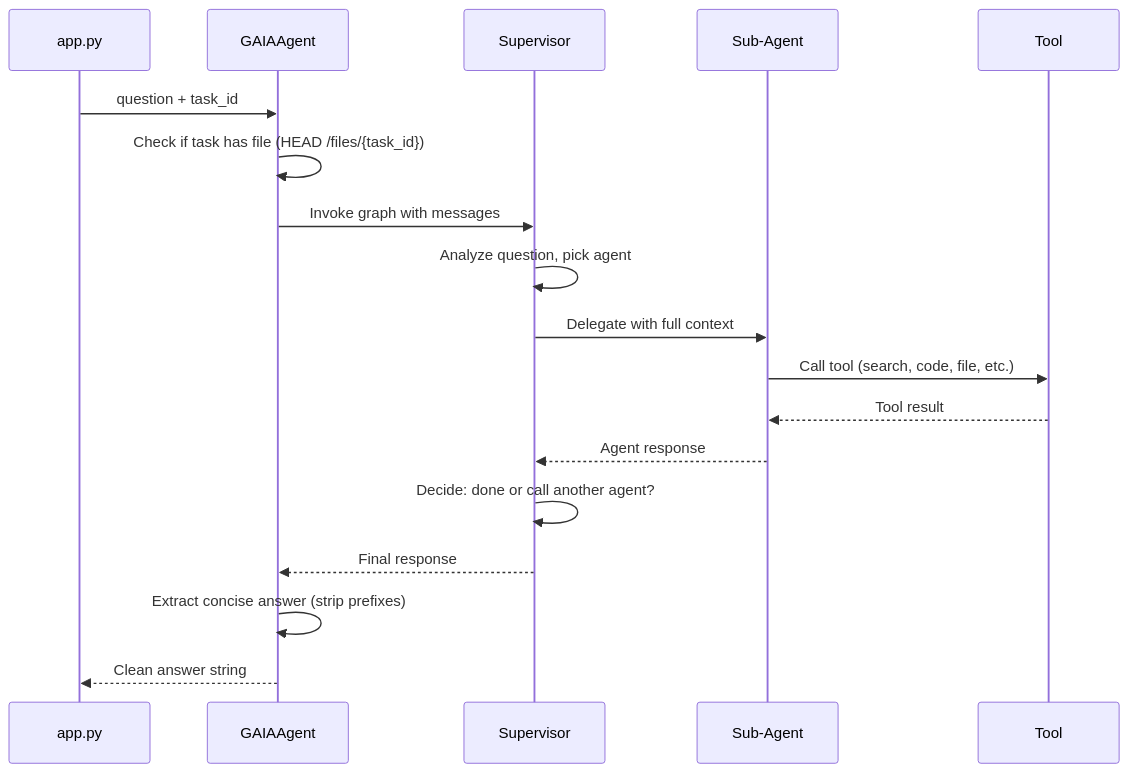
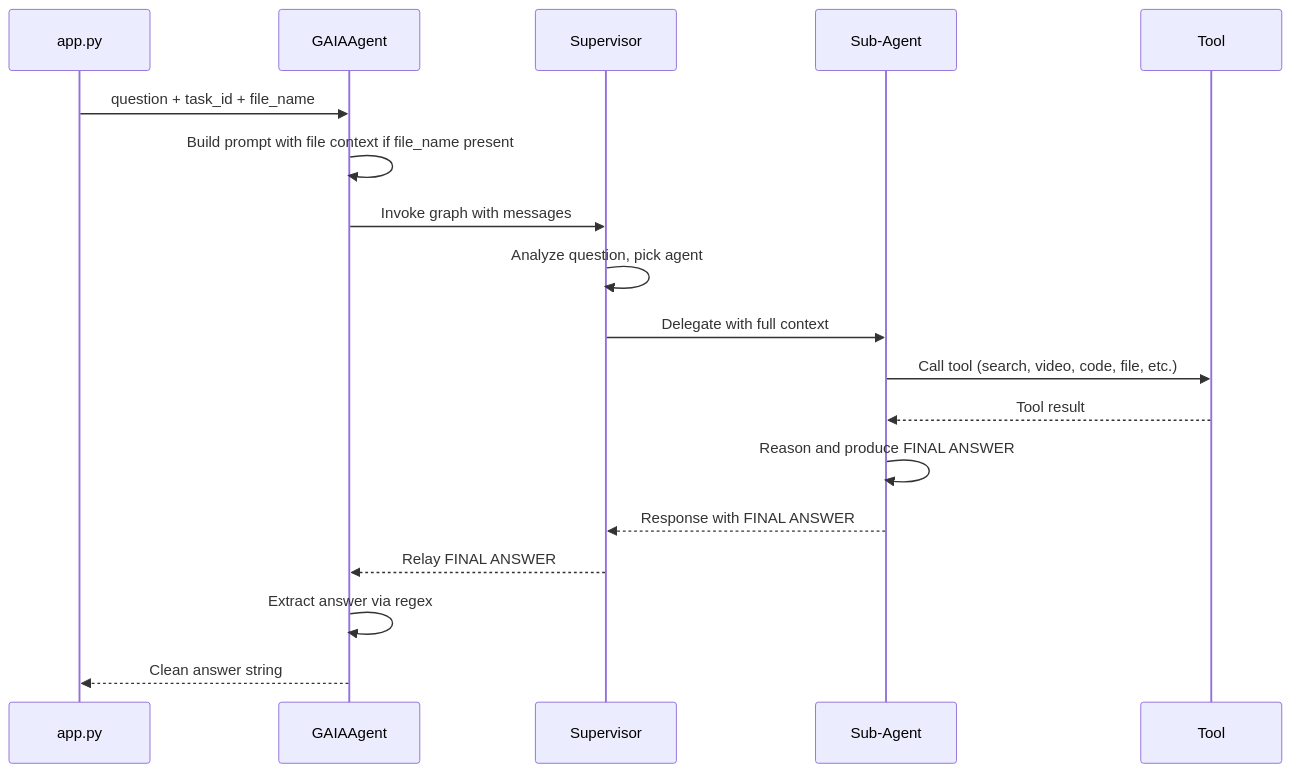
Before and after one commit to jash0803/gaia-agent: the fifth of 8 diagrams in ARCHITECTURE.md, drawn with Mermaid. The commit also changed other lines of this file, not shown here.

Commit message:
docs: update architecture

````diff
--- a/ARCHITECTURE.md
+++ b/ARCHITECTURE.md
@@ -74,21 +91,21 @@
 ```mermaid
 sequenceDiagram
     participant App as app.py
     participant GA as GAIAAgent
     participant SV as Supervisor
     participant SA as Sub-Agent
     participant Tool as Tool
 
-    App->>GA: question + task_id
-    GA->>GA: Check if task has file (HEAD /files/{task_id})
+    App->>GA: question + task_id + file_name
+    GA->>GA: Build prompt with file context if file_name present
     GA->>SV: Invoke graph with messages
     SV->>SV: Analyze question, pick agent
     SV->>SA: Delegate with full context
-    SA->>Tool: Call tool (search, code, file, etc.)
+    SA->>Tool: Call tool (search, video, code, file, etc.)
     Tool-->>SA: Tool result
-    SA-->>SV: Agent response
-    SV->>SV: Decide: done or call another agent?
-    SV-->>GA: Final response
-    GA->>GA: Extract concise answer (strip prefixes)
+    SA->>SA: Reason and produce FINAL ANSWER
+    SA-->>SV: Response with FINAL ANSWER
+    SV-->>GA: Relay FINAL ANSWER
+    GA->>GA: Extract answer via regex
     GA-->>App: Clean answer string
 ```
````
